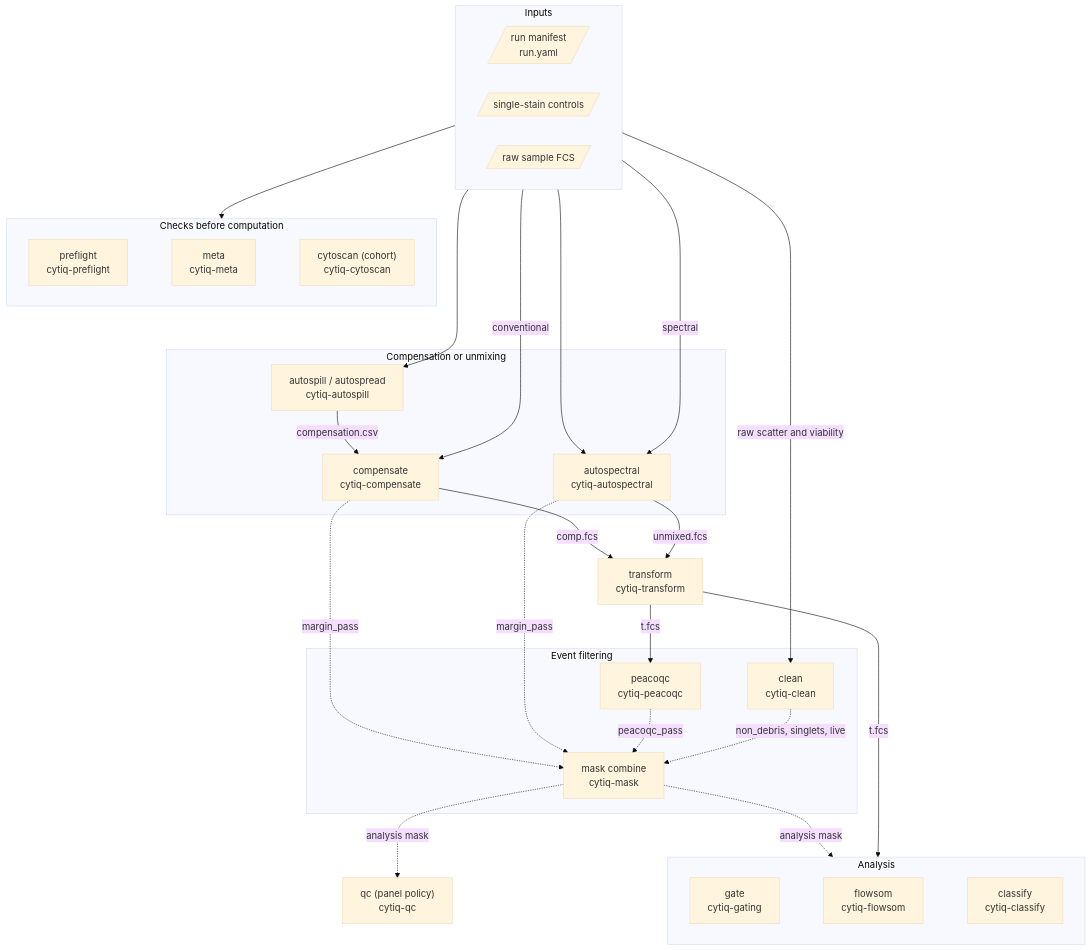
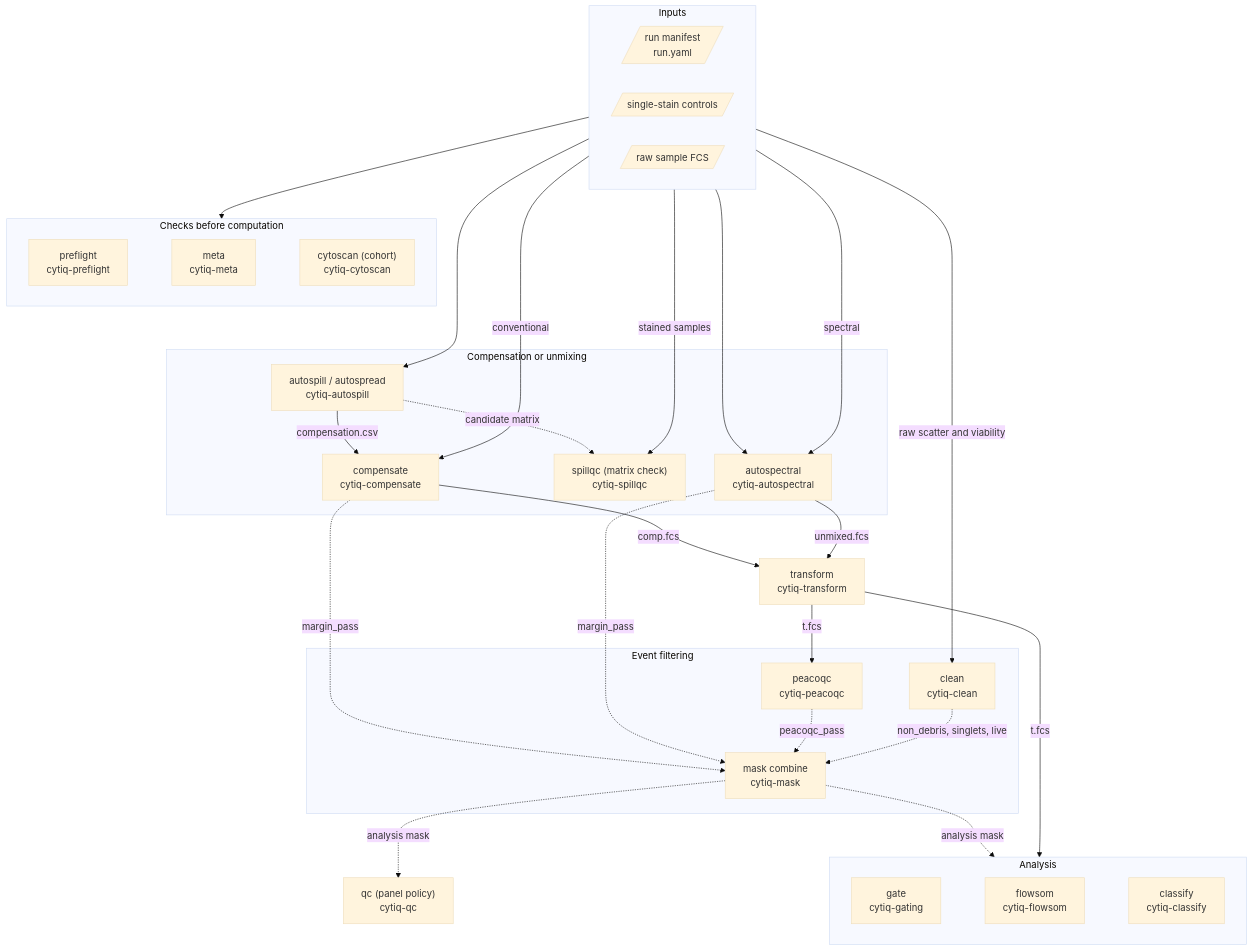
One commit to cytiq/cytiq-cli changed the diagram in README.md. Above: the diagram before and after it, drawn with Mermaid (base theme). The commit also changed 75 other files, not shown here.

````diff
--- a/README.md
+++ b/README.md
@@ -11,64 +11,67 @@
 ```mermaid
 flowchart TB
     subgraph inputs["Inputs"]
         direction LR
         manifest[/"run manifest<br/>run.yaml"/]
         controls[/"single-stain controls"/]
         raw[/"raw sample FCS"/]
     end
 
     subgraph checks["Checks before computation"]
         direction LR
         preflight["preflight<br/>cytiq-preflight"]
         meta["meta<br/>cytiq-meta"]
         cytoscan["cytoscan (cohort)<br/>cytiq-cytoscan"]
     end
 
     subgraph signal["Compensation or unmixing"]
         autospill["autospill / autospread<br/>cytiq-autospill"]
         compensate["compensate<br/>cytiq-compensate"]
+        spillqc["spillqc (matrix check)<br/>cytiq-spillqc"]
         autospectral["autospectral<br/>cytiq-autospectral"]
     end
 
     transform["transform<br/>cytiq-transform"]
 
     subgraph events["Event filtering"]
         peacoqc["peacoqc<br/>cytiq-peacoqc"]
         clean["clean<br/>cytiq-clean"]
         combine["mask combine<br/>cytiq-mask"]
     end
 
     qc["qc (panel policy)<br/>cytiq-qc"]
 
     subgraph analysis["Analysis"]
         direction LR
         gate["gate<br/>cytiq-gating"]
         flowsom["flowsom<br/>cytiq-flowsom"]
         classify["classify<br/>cytiq-classify"]
     end
 
     inputs --> checks
     checks ~~~ signal
     preflight ~~~ meta ~~~ cytoscan
     gate ~~~ flowsom ~~~ classify
 
     controls --> autospill
     autospill -->|"compensation.csv"| compensate
     raw -->|"conventional"| compensate
+    raw -->|"stained samples"| spillqc
+    autospill -.->|"candidate matrix"| spillqc
     controls --> autospectral
     raw -->|"spectral"| autospectral
 
     compensate -->|"comp.fcs"| transform
     autospectral -->|"unmixed.fcs"| transform
     transform -->|"t.fcs"| peacoqc
     raw -->|"raw scatter and viability"| clean
 
     compensate -.->|"margin_pass"| combine
     autospectral -.->|"margin_pass"| combine
     peacoqc -.->|"peacoqc_pass"| combine
     clean -.->|"non_debris, singlets, live"| combine
 
     combine -.->|"analysis mask"| qc
     combine -.->|"analysis mask"| analysis
     transform -->|"t.fcs"| analysis
 ```
````
